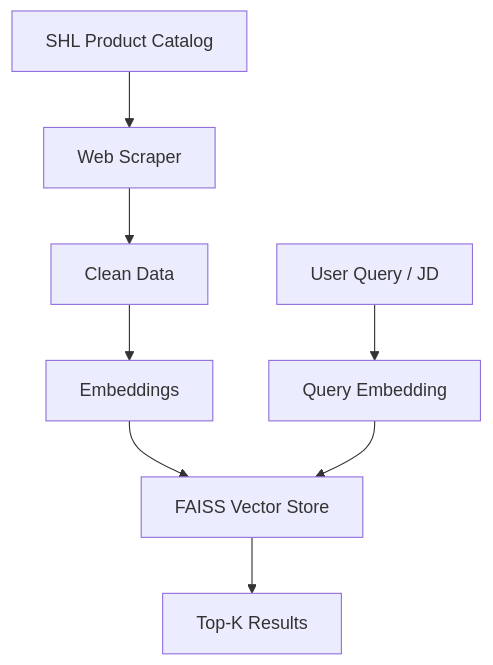
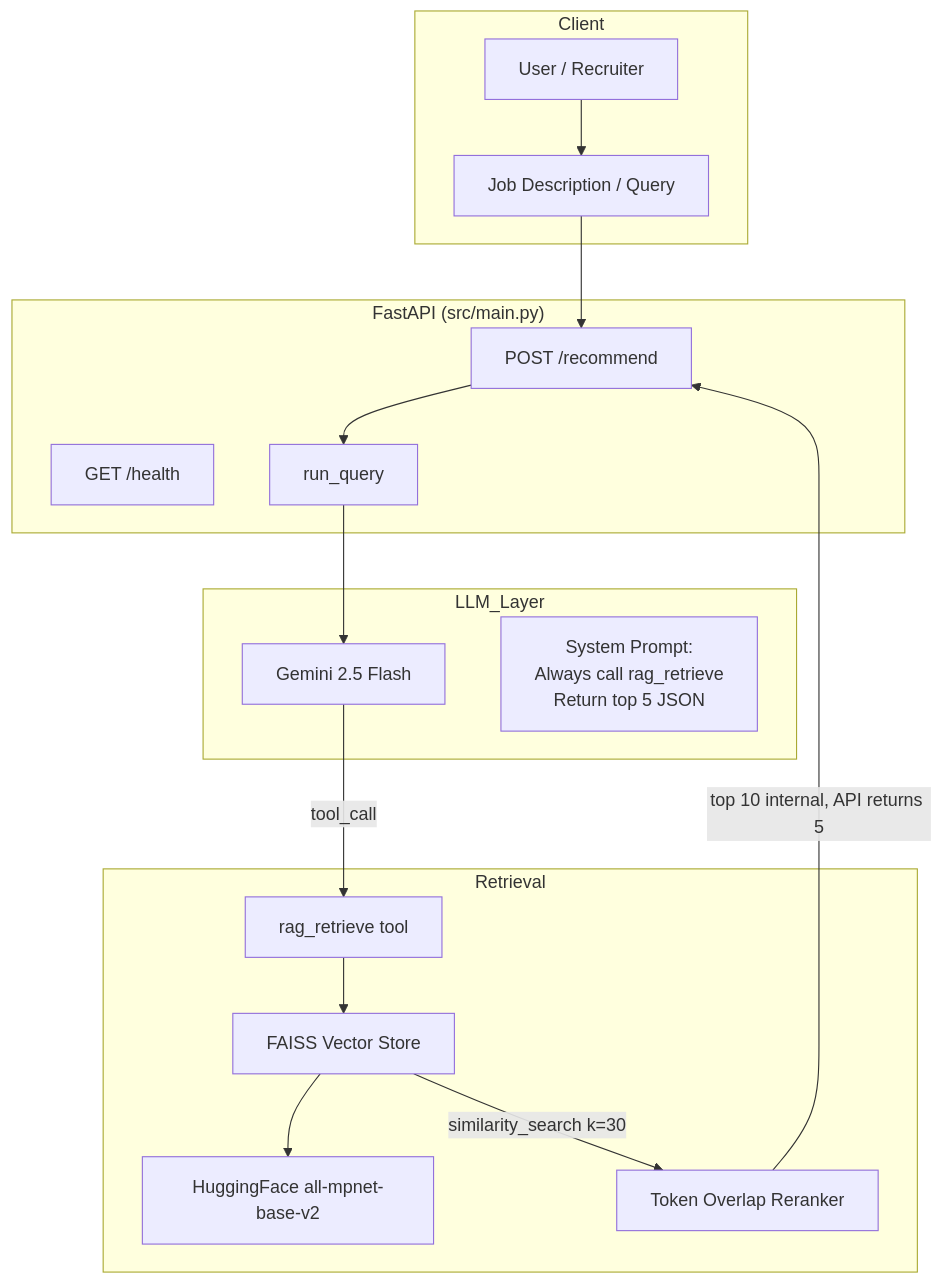
One commit to Devansh-react/Recomendation_System changed the first of 2 diagrams in README.md. Above: the diagram before and after it, drawn with Mermaid. The commit also changed other lines of this file and 18 other files, not shown here.

````diff
--- a/README.md
+++ b/README.md
@@ -55,10 +141,33 @@
 ```mermaid
-flowchart TD
-    A[SHL Product Catalog] --> B[Web Scraper]
-    B --> C[Clean Data]
-    C --> D[Embeddings]
-    D --> E[FAISS Vector Store]
-    F[User Query / JD] --> G[Query Embedding]
-    G --> E
-    E --> H[Top-K Results]
+flowchart TB
+    subgraph Client
+        U[User / Recruiter]
+        JD[Job Description / Query]
+    end
+
+    subgraph API["FastAPI (src/main.py)"]
+        EP["POST /recommend"]
+        HC["GET /health"]
+        RQ[run_query]
+    end
+
+    subgraph LLM_Layer
+        GEM[Gemini 2.5 Flash]
+        SYS[System Prompt:<br/>Always call rag_retrieve<br/>Return top 5 JSON]
+    end
+
+    subgraph Retrieval
+        TOOL[rag_retrieve tool]
+        VS[FAISS Vector Store]
+        EMB[HuggingFace all-mpnet-base-v2]
+        RR[Token Overlap Reranker]
+    end
+
+  U --> JD --> EP --> RQ
+  RQ --> GEM
+  GEM -->|tool_call| TOOL
+  TOOL --> VS
+  VS --> EMB
+  VS -->|similarity_search k=30| RR
+  RR -->|top 10 internal, API returns 5| EP
 ```
````
